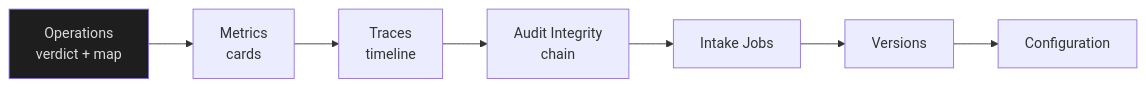
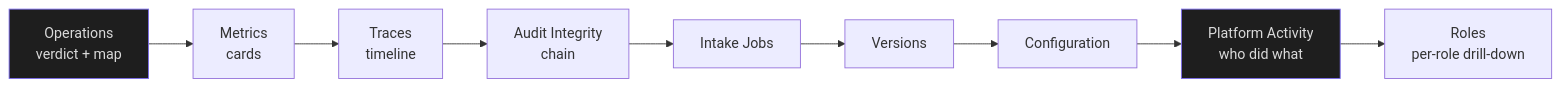
Before and after one commit to OussemaHarrabi/ClaimGuard: the sixth of 7 diagrams in docs/ops-p2-explain.md, drawn with Mermaid. The commit also changed other lines of this file, not shown here.

First line of the commit message:
docs(ops): document platform activity, roles and trace depth

````diff
--- a/docs/ops-p2-explain.md
+++ b/docs/ops-p2-explain.md
@@ -246,10 +248,13 @@
 ```mermaid
 flowchart LR
     OV["Operations<br/>verdict + map"] --> ME["Metrics<br/>cards"]
     ME --> TR["Traces<br/>timeline"]
     TR --> AU["Audit Integrity<br/>chain"]
     AU --> IJ["Intake Jobs"]
     IJ --> VE["Versions"]
     VE --> CF["Configuration"]
+    CF --> AC["Platform Activity<br/>who did what"]
+    AC --> RO["Roles<br/>per-role drill-down"]
     style OV fill:#1e1e1e,stroke:#7c6cf0,color:#dadada
+    style AC fill:#1e1e1e,stroke:#7c6cf0,color:#dadada
 ```
````
